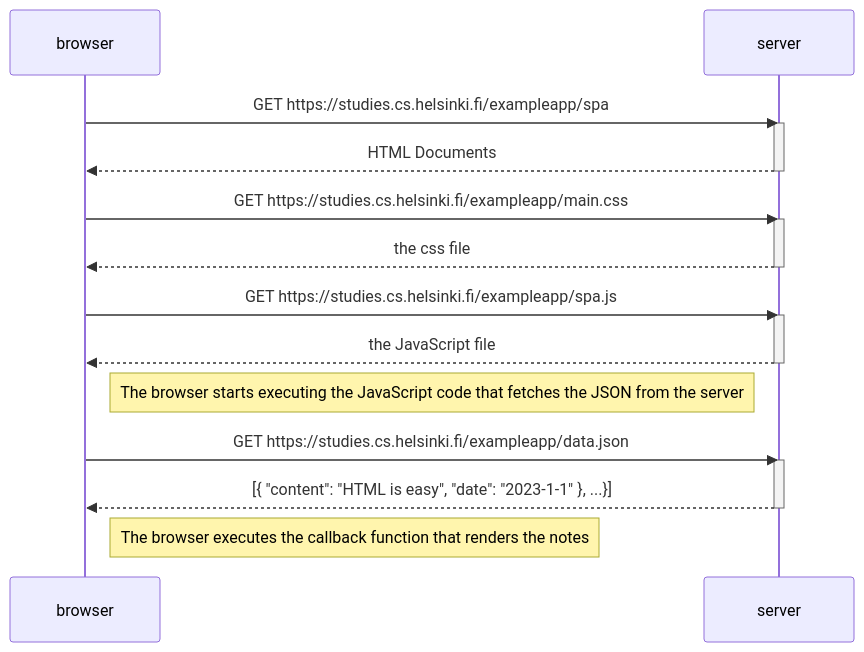
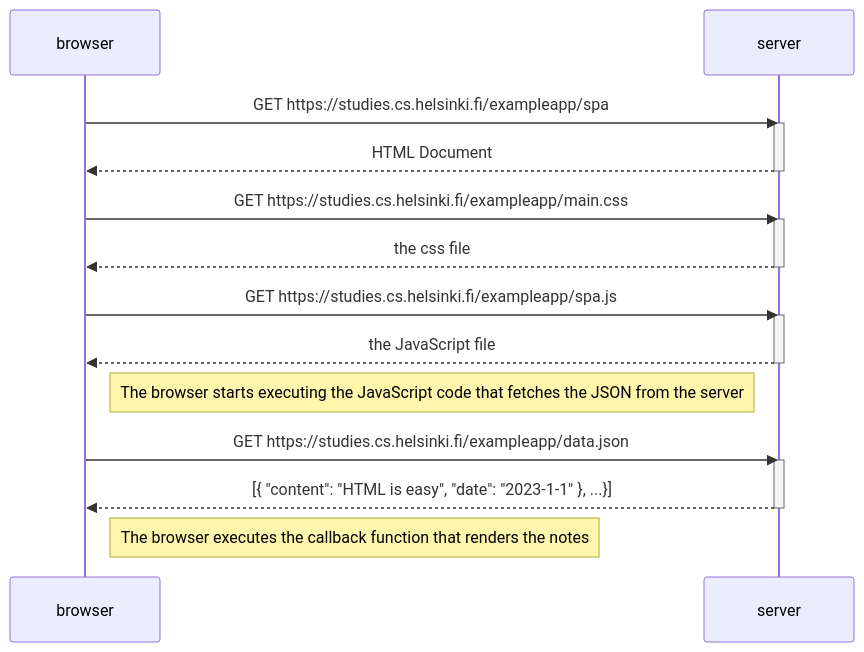
The diagram in part0/excercise05.md (ganchikov/fsopen_react_excercises), drawn with Mermaid before and after one commit.

Commit message:
minor fix in ex 0.5

````diff
--- a/part0/excercise05.md
+++ b/part0/excercise05.md
@@ -1,30 +1,30 @@
 ```mermaid
 sequenceDiagram
     participant browser
     participant server
     
     browser->>server: GET https://studies.cs.helsinki.fi/exampleapp/spa
     activate server
-    server-->>browser: HTML Documents
+    server-->>browser: HTML Document
     deactivate server
     
     browser->>server: GET https://studies.cs.helsinki.fi/exampleapp/main.css
     activate server
     server-->>browser: the css file
     deactivate server
     
     browser->>server: GET https://studies.cs.helsinki.fi/exampleapp/spa.js
     activate server
     server-->>browser: the JavaScript file
     deactivate server
     
     Note right of browser: The browser starts executing the JavaScript code that fetches the JSON from the server
     
     browser->>server: GET https://studies.cs.helsinki.fi/exampleapp/data.json
     activate server
     server-->>browser: [{ "content": "HTML is easy", "date": "2023-1-1" }, ...}]
     deactivate server    
 
     Note right of browser: The browser executes the callback function that renders the notes 
 
 ```
````
